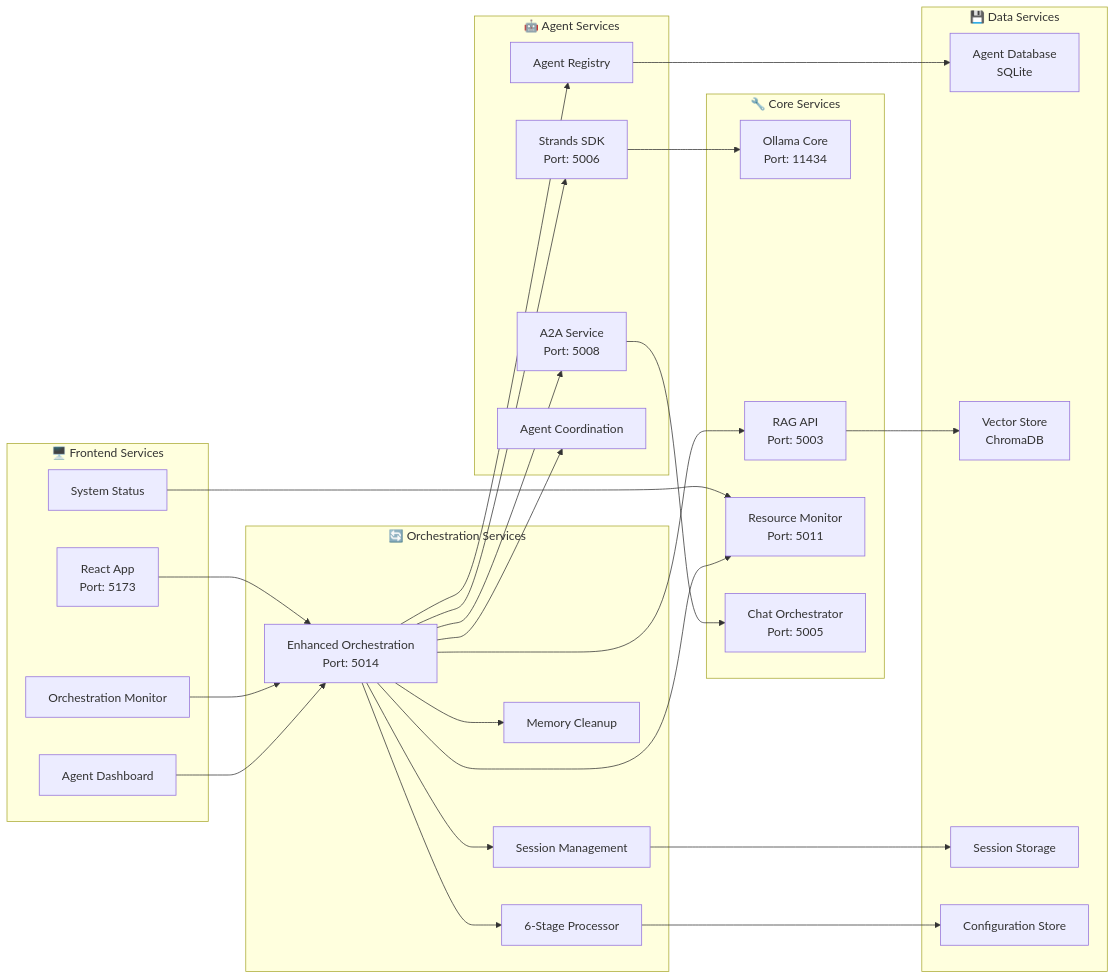
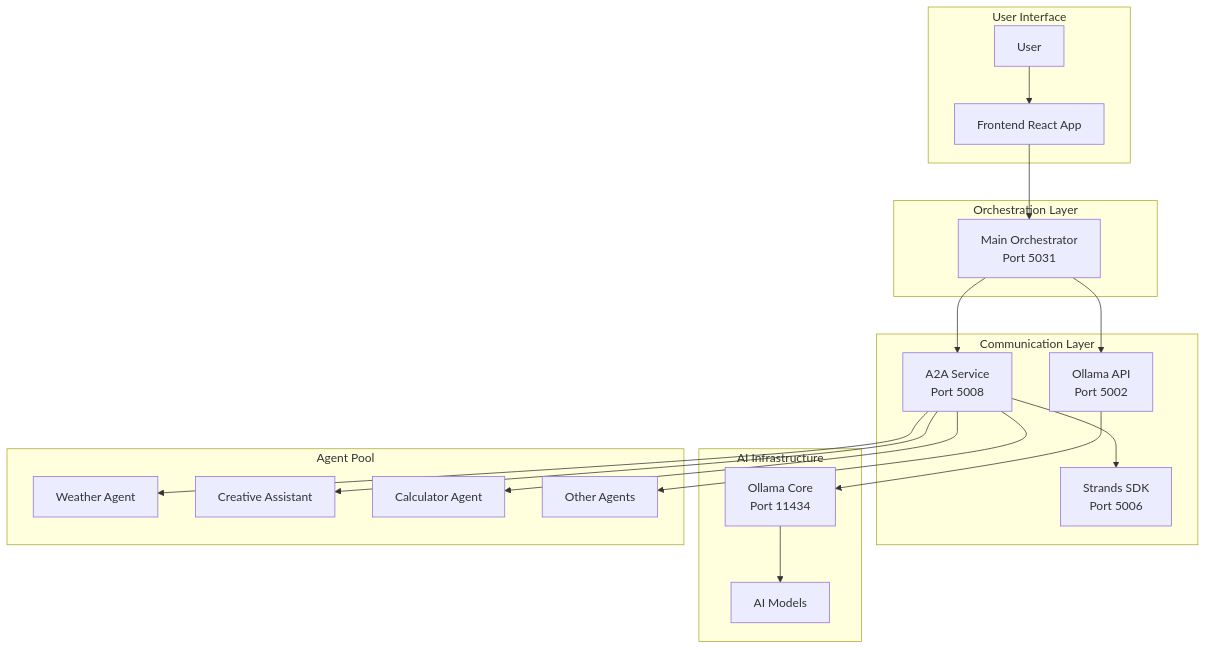
The third of 9 diagrams in docs/ARCHITECTURE_DIAGRAMS.md (ashfrnndz21/AgentOS_Latest_Release), drawn with Mermaid before and after one commit. The commit also changed other lines of this file and 6 other files, not shown here.

````diff
--- a/docs/ARCHITECTURE_DIAGRAMS.md
+++ b/docs/ARCHITECTURE_DIAGRAMS.md
@@ -329,61 +95,41 @@
 ```mermaid
-graph LR
-    subgraph "🖥️ Frontend Services"
-        F1[React App<br/>Port: 5173]
-        F2[Orchestration Monitor]
-        F3[Agent Dashboard]
-        F4[System Status]
+graph TD
+    subgraph "User Interface"
+        U[User]
+        F[Frontend React App]
     end
     
-    subgraph "🔄 Orchestration Services"
-        O1[Enhanced Orchestration<br/>Port: 5014]
-        O2[Session Management]
-        O3[Memory Cleanup]
-        O4[6-Stage Processor]
+    subgraph "Orchestration Layer"
+        MO[Main Orchestrator<br/>Port 5031]
     end
     
-    subgraph "🤖 Agent Services"
-        A1[A2A Service<br/>Port: 5008]
-        A2[Strands SDK<br/>Port: 5006]
-        A3[Agent Registry]
-        A4[Agent Coordination]
+    subgraph "Communication Layer"
+        A2A[A2A Service<br/>Port 5008]
+        OA[Ollama API<br/>Port 5002]
+        SS[Strands SDK<br/>Port 5006]
     end
     
-    subgraph "🔧 Core Services"
-        C1[Ollama Core<br/>Port: 11434]
-        C2[RAG API<br/>Port: 5003]
-        C3[Resource Monitor<br/>Port: 5011]
-        C4[Chat Orchestrator<br/>Port: 5005]
+    subgraph "AI Infrastructure"
+        OC[Ollama Core<br/>Port 11434]
+        M[AI Models]
     end
     
-    subgraph "💾 Data Services"
-        D1[Agent Database<br/>SQLite]
-        D2[Vector Store<br/>ChromaDB]
-        D3[Session Storage]
-        D4[Configuration Store]
+    subgraph "Agent Pool"
+        WA[Weather Agent]
+        CA[Creative Assistant]
+        CalA[Calculator Agent]
+        OA2[Other Agents]
     end
     
-    F1 --> O1
-    F2 --> O1
-    F3 --> O1
-    F4 --> C3
-    
-    O1 --> O2
-    O1 --> O3
-    O1 --> O4
-    
-    O1 --> A1
-    O1 --> A2
-    O1 --> A3
-    O1 --> A4
-    
-    A2 --> C1
-    A1 --> C4
-    O1 --> C2
-    O1 --> C3
-    
-    O2 --> D3
-    A3 --> D1
-    C2 --> D2
-    O4 --> D4
+    U --> F
+    F --> MO
+    MO --> A2A
+    MO --> OA
+    A2A --> SS
+    OA --> OC
+    OC --> M
+    A2A --> WA
+    A2A --> CA
+    A2A --> CalA
+    A2A --> OA2
 ```
````
